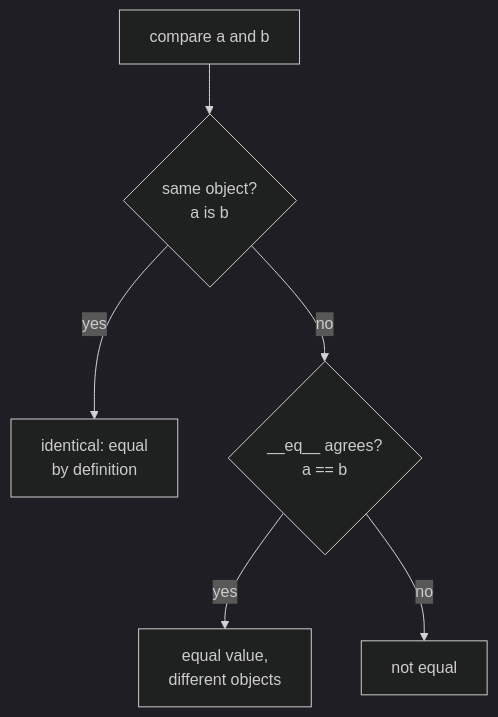
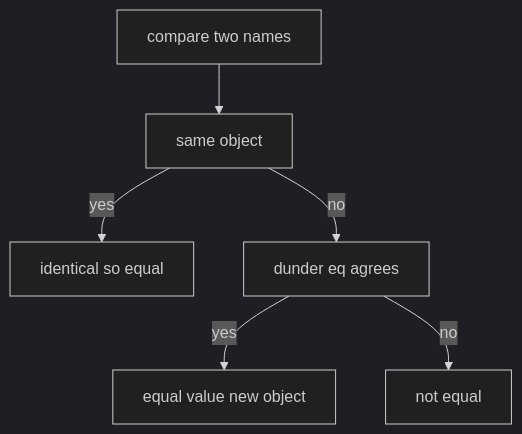
Before and after one commit to AslamNazeerShaikh/Python-Material: the second of 2 diagrams in docs/learning/09-object-model-type.md, drawn with Mermaid (dark theme). The commit also changed other lines of this file and 16 other files, not shown here.

Commit message:
docs(learning): rebuild all mermaid in safe subset

````diff
--- a/docs/learning/09-object-model-type.md
+++ b/docs/learning/09-object-model-type.md
@@ -108,14 +96,14 @@
 ```mermaid
 flowchart TD
-    Q["compare a and b"]
-    IDQ{"same object?<br/>a is b"}
-    SAME["identical: equal<br/>by definition"]
-    EQ{"__eq__ agrees?<br/>a == b"}
-    EQUAL["equal value,<br/>different objects"]
-    DIFF["not equal"]
+    Q[compare two names]
+    IDQ[same object]
+    SAME[identical so equal]
+    EQ[dunder eq agrees]
+    EQUAL[equal value new object]
+    DIFF[not equal]
     Q --> IDQ
-    IDQ -->|"yes"| SAME
-    IDQ -->|"no"| EQ
-    EQ -->|"yes"| EQUAL
-    EQ -->|"no"| DIFF
+    IDQ -->|yes| SAME
+    IDQ -->|no| EQ
+    EQ -->|yes| EQUAL
+    EQ -->|no| DIFF
 ```
````
